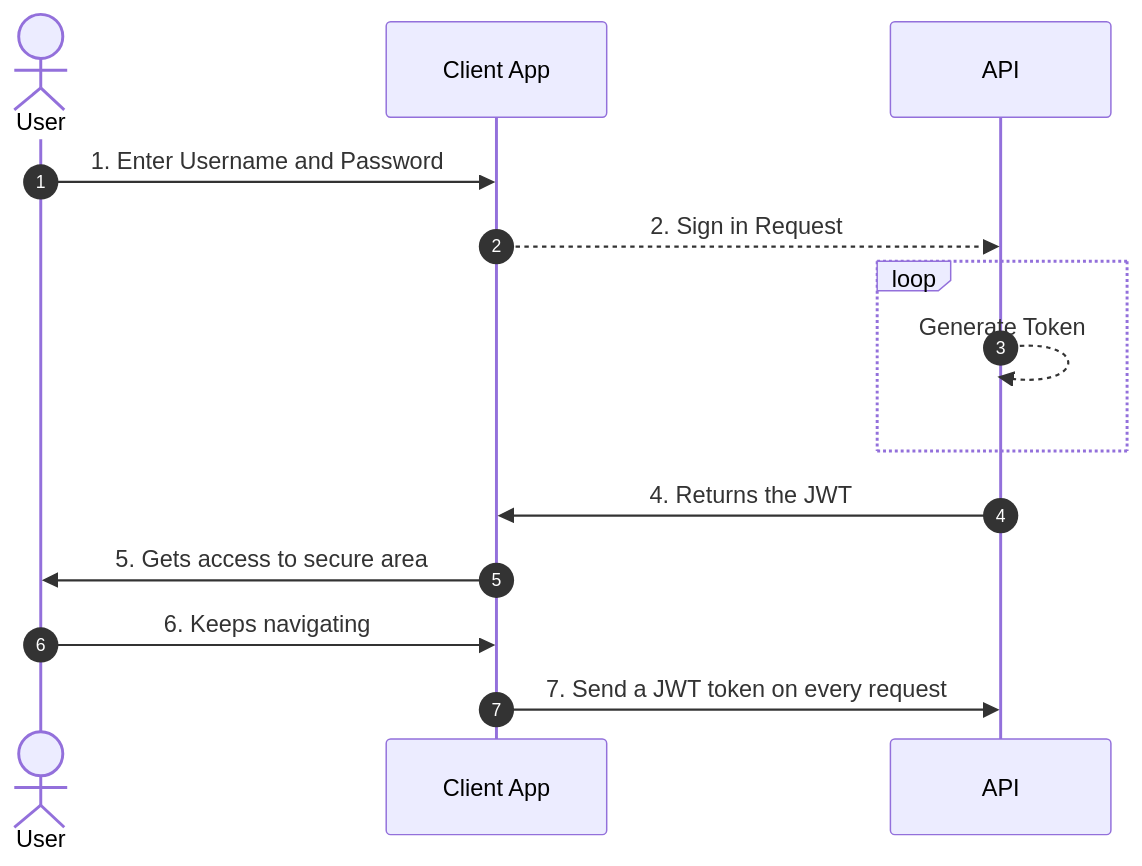
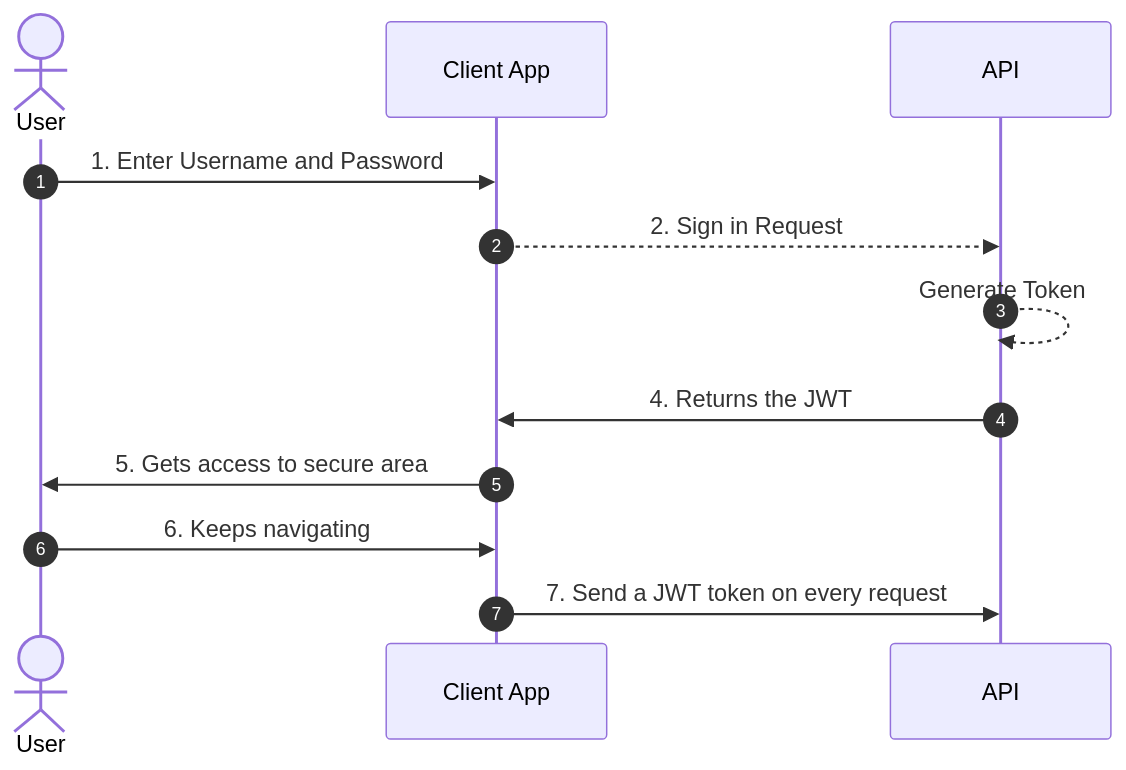
The diagram in README1.md (sararazm/arbetsgrupp), drawn with Mermaid before and after one commit.

````diff
--- a/README1.md
+++ b/README1.md
@@ -1,19 +1,19 @@
 ```mermaid
 sequenceDiagram
 
 Actor User
     autonumber
     User->>Client App: 1. Enter Username and Password
     Client App-->>API: 2. Sign in Request
-    loop
+    
     API-->>API: Generate Token
-    end
+    
     
     
     API->>Client App: 4. Returns the JWT
     Client App->>User: 5. Gets access to secure area
     User->>Client App: 6. Keeps navigating
     Client App->>API: 7. Send a JWT token on every request
     
    
 ```
````
